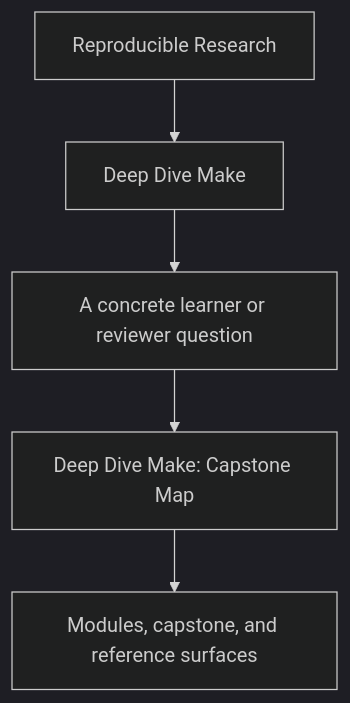
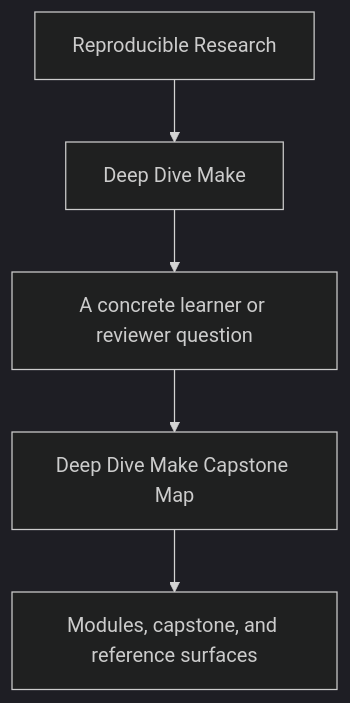
Before and after one commit to bijux/bijux-masterclass: the first of 2 diagrams in programs/reproducible-research/deep-dive-make/course-book/capstone/capstone-map.md, drawn with Mermaid (dark theme). The commit also changed other lines of this file, not shown here.

Commit message:
docs(deep-dive-make): route capstone entry by module and question

````diff
--- a/programs/reproducible-research/deep-dive-make/course-book/capstone/capstone-map.md
+++ b/programs/reproducible-research/deep-dive-make/course-book/capstone/capstone-map.md
@@ -9,7 +6,7 @@
 ```mermaid
 flowchart TD
   family["Reproducible Research"] --> program["Deep Dive Make"]
   program --> pressure["A concrete learner or reviewer question"]
-  pressure --> guide["Deep Dive Make: Capstone Map"]
+  pressure --> guide["Deep Dive Make Capstone Map"]
   guide --> next["Modules, capstone, and reference surfaces"]
 ```
````
